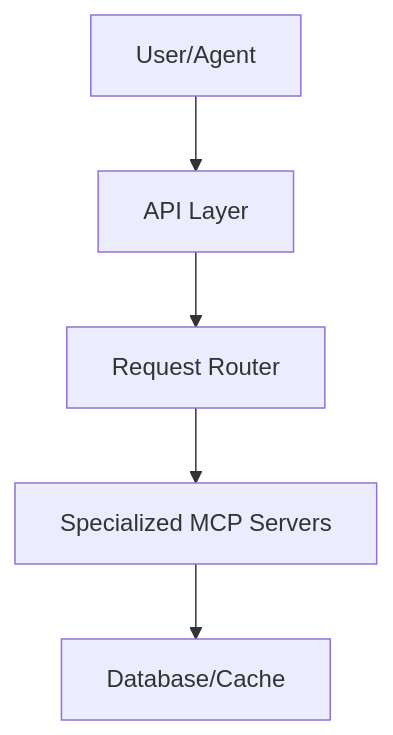
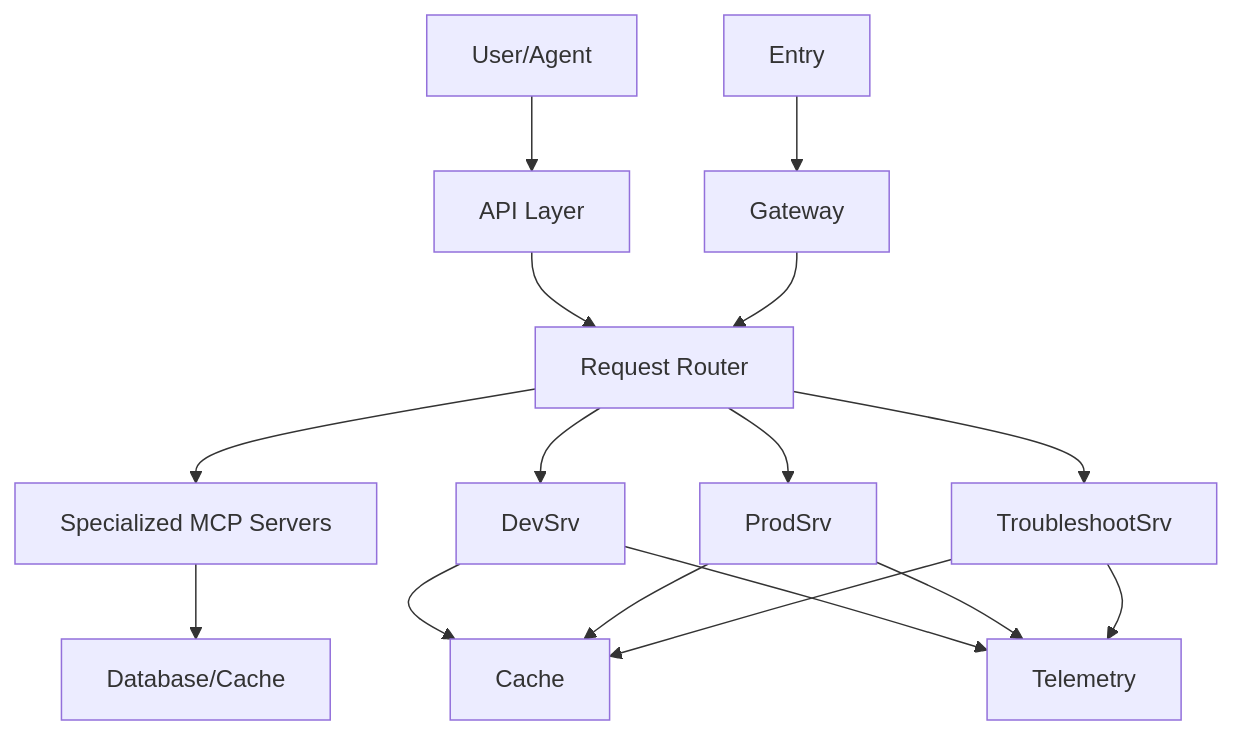
Before and after one commit to Alextorelli/ProspectPro: the diagram in docs/diagrams/tooling/mcp-architecture.mmd, drawn with Mermaid. The commit also changed 9 other files, not shown here.

Commit message:
docs: add technical filetree diagram, update codebase index, unify color palette across diagrams, and update standards

```diff
--- a/docs/diagrams/tooling/mcp-architecture.mmd
+++ b/docs/diagrams/tooling/mcp-architecture.mmd
@@ -1,9 +1,24 @@
 %% MCP Server Architecture
 flowchart TB
     User[User/Agent]
     API[API Layer]
     Router[Request Router]
     Servers[Specialized MCP Servers]
     DB[Database/Cache]
     User --> API --> Router --> Servers
     Servers --> DB
+    Entry --> Gateway --> Router
+    Router --> DevSrv
+    Router --> ProdSrv
+    Router --> TroubleshootSrv
+    DevSrv --> Cache
+    ProdSrv --> Cache
+    TroubleshootSrv --> Cache
+    DevSrv --> Telemetry
+    ProdSrv --> Telemetry
+    TroubleshootSrv --> Telemetry
+    class Entry ingress
+    class Gateway,Router broker
+    class DevSrv,ProdSrv,TroubleshootSrv server
+    class Cache data
+    class Telemetry telemetry
```
